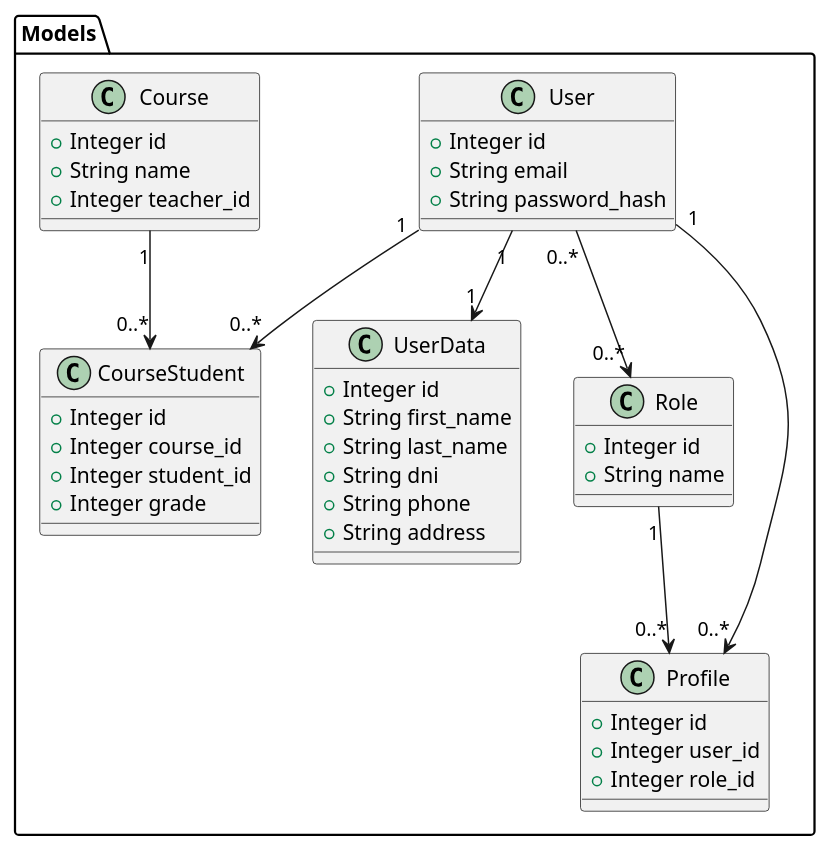
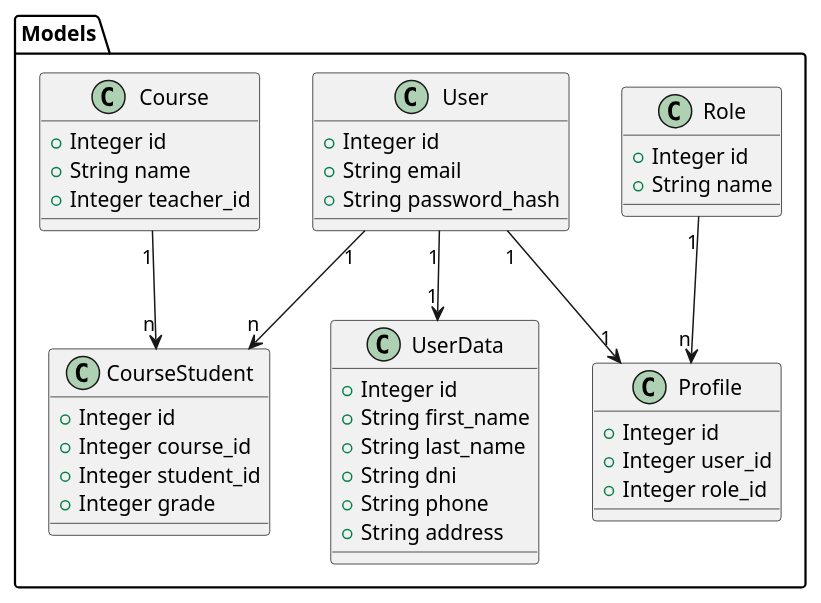
Before and after one commit to I5AM4RU/course-management: the diagram in docs/class_diagram.puml, drawn with PlantUML.

Commit message:
update diagram #2

```diff
--- a/docs/class_diagram.puml
+++ b/docs/class_diagram.puml
@@ -1,51 +1,50 @@
 @startuml Class
 
 package "Models" {
     class User {
         +Integer id
         +String email
         +String password_hash
     }
 
     class UserData {
         +Integer id
         +String first_name
         +String last_name
         +String dni
         +String phone
         +String address
     }
 
     class Role {
         +Integer id
         +String name
     }
 
     class Profile {
         +Integer id
         +Integer user_id
         +Integer role_id
     }
 
     class Course {
         +Integer id
         +String name
         +Integer teacher_id
     }
 
     class CourseStudent {
         +Integer id
         +Integer course_id
         +Integer student_id
         +Integer grade
     }
 
     User "1" --> "1" UserData
-    User "1" --> "0..*" Profile
-    User "1" --> "0..*" CourseStudent
-    Role "1" --> "0..*" Profile
-    User "0..*" --> "0..*" Role
-    Course "1" --> "0..*" CourseStudent
+    User "1" --> "1" Profile
+    User "1" --> "n" CourseStudent
+    Role "1" --> "n" Profile
+    Course "1" --> "n" CourseStudent
 }
 
 @enduml
```
